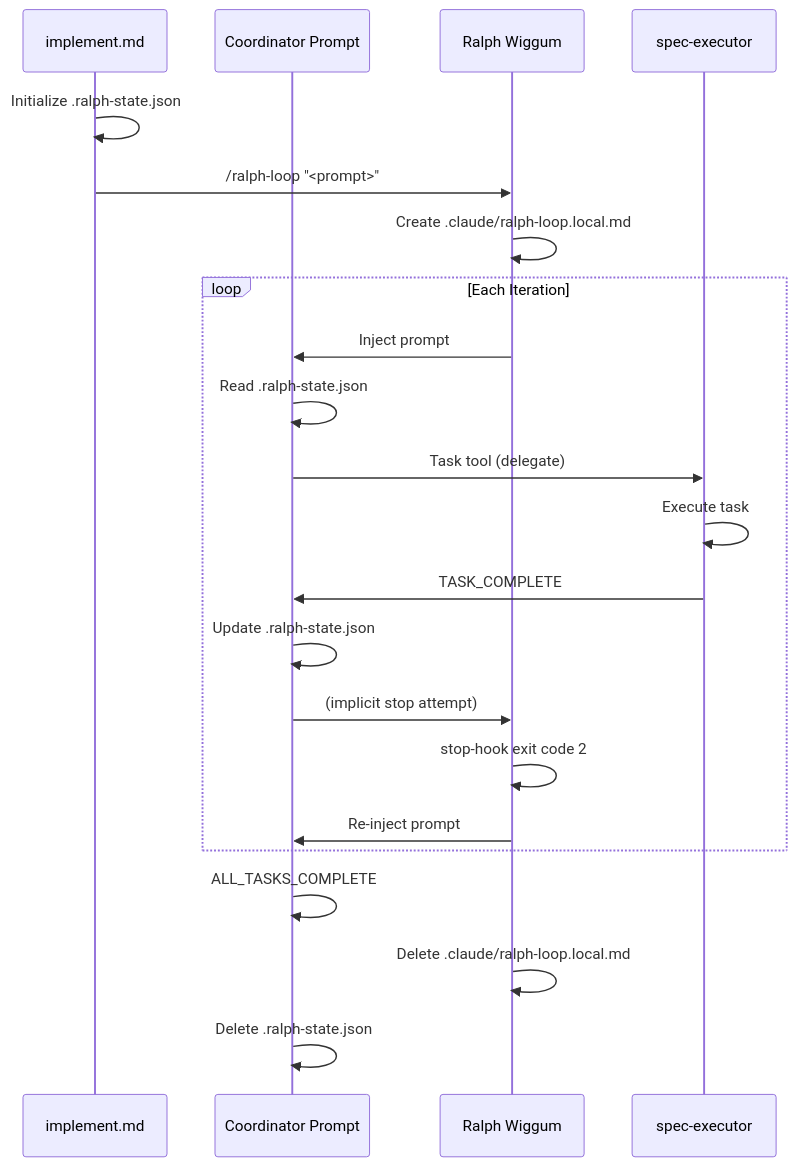
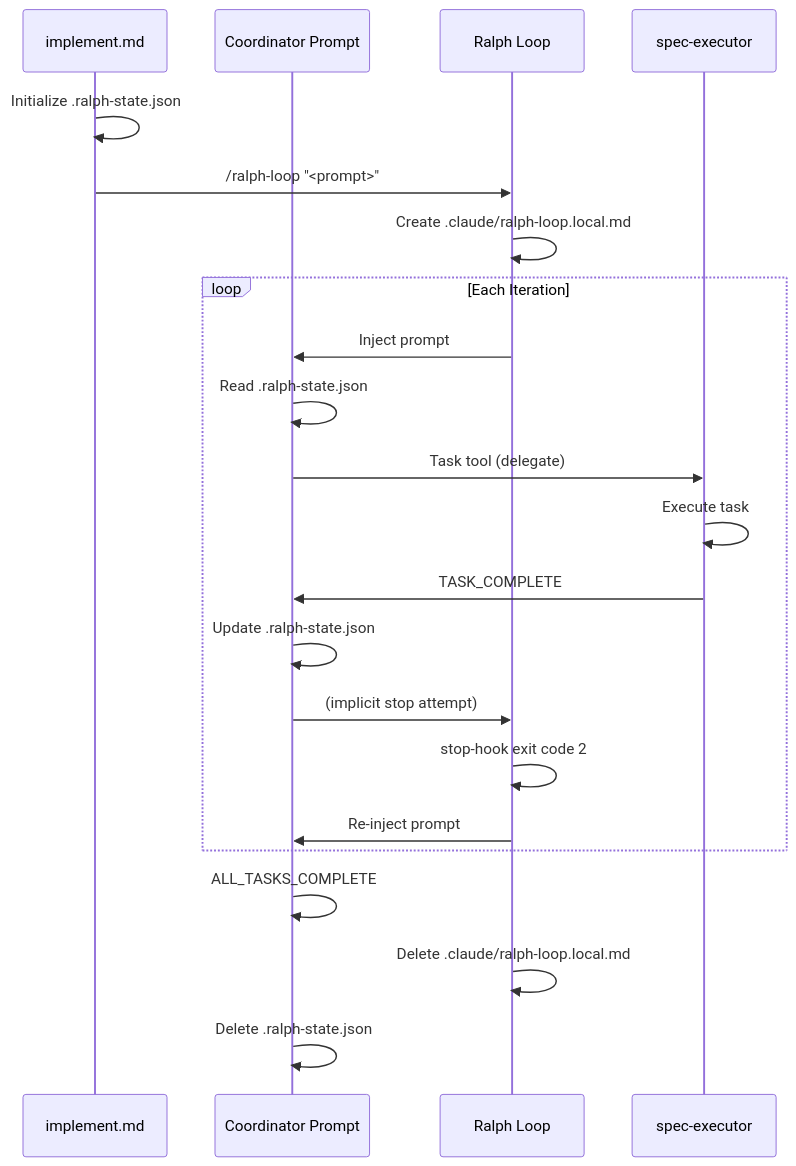
The second of 3 diagrams in specs/implement-ralph-wiggum/design.md (informatico-madrid/smart-ralph), drawn with Mermaid before and after one commit. The commit also changed other lines of this file and 23 other files, not shown here.

````diff
--- a/specs/implement-ralph-wiggum/design.md
+++ b/specs/implement-ralph-wiggum/design.md
@@ -315,27 +315,27 @@
 ```mermaid
 sequenceDiagram
     participant Wrapper as implement.md
     participant Coord as Coordinator Prompt
-    participant RW as Ralph Wiggum
+    participant RW as Ralph Loop
     participant SE as spec-executor
 
     Wrapper->>Wrapper: Initialize .ralph-state.json
     Wrapper->>RW: /ralph-loop "<prompt>"
     RW->>RW: Create .claude/ralph-loop.local.md
 
     loop Each Iteration
         RW->>Coord: Inject prompt
         Coord->>Coord: Read .ralph-state.json
         Coord->>SE: Task tool (delegate)
         SE->>SE: Execute task
         SE->>Coord: TASK_COMPLETE
         Coord->>Coord: Update .ralph-state.json
         Coord->>RW: (implicit stop attempt)
         RW->>RW: stop-hook exit code 2
         RW->>Coord: Re-inject prompt
     end
 
     Coord->>Coord: ALL_TASKS_COMPLETE
     RW->>RW: Delete .claude/ralph-loop.local.md
     Coord->>Coord: Delete .ralph-state.json
 ```
````
